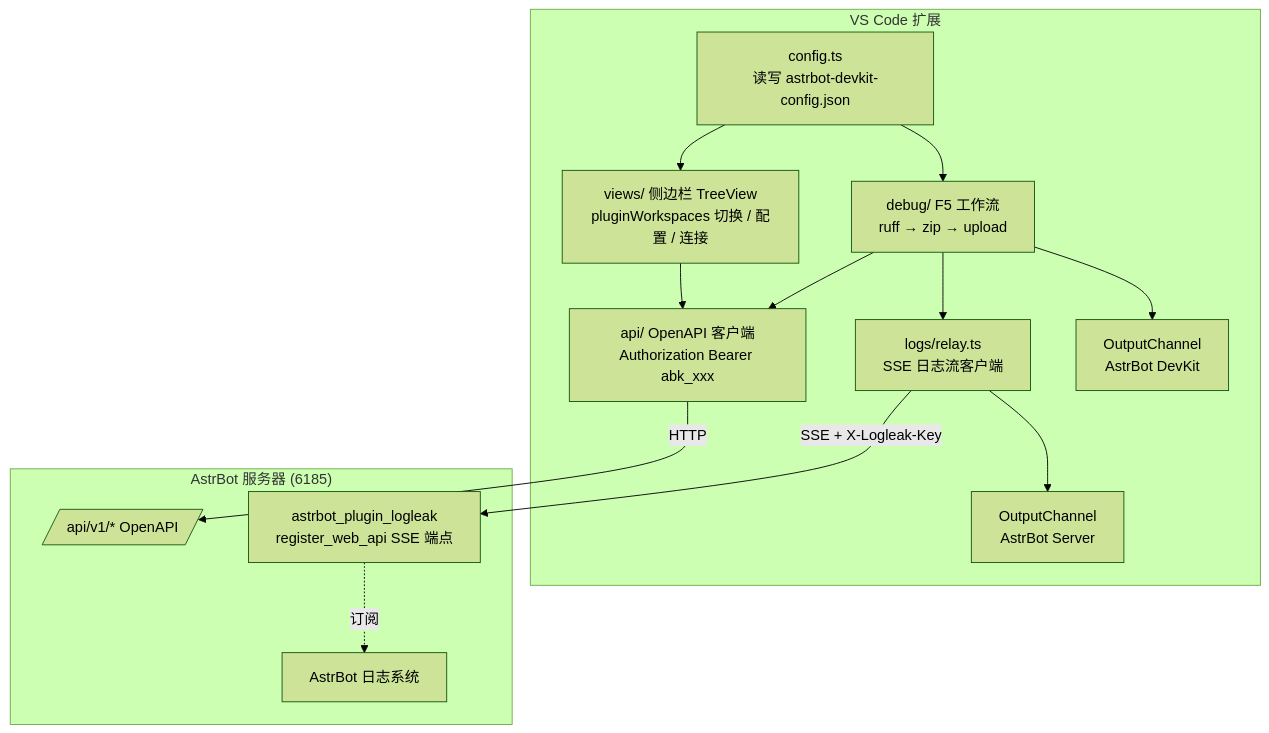
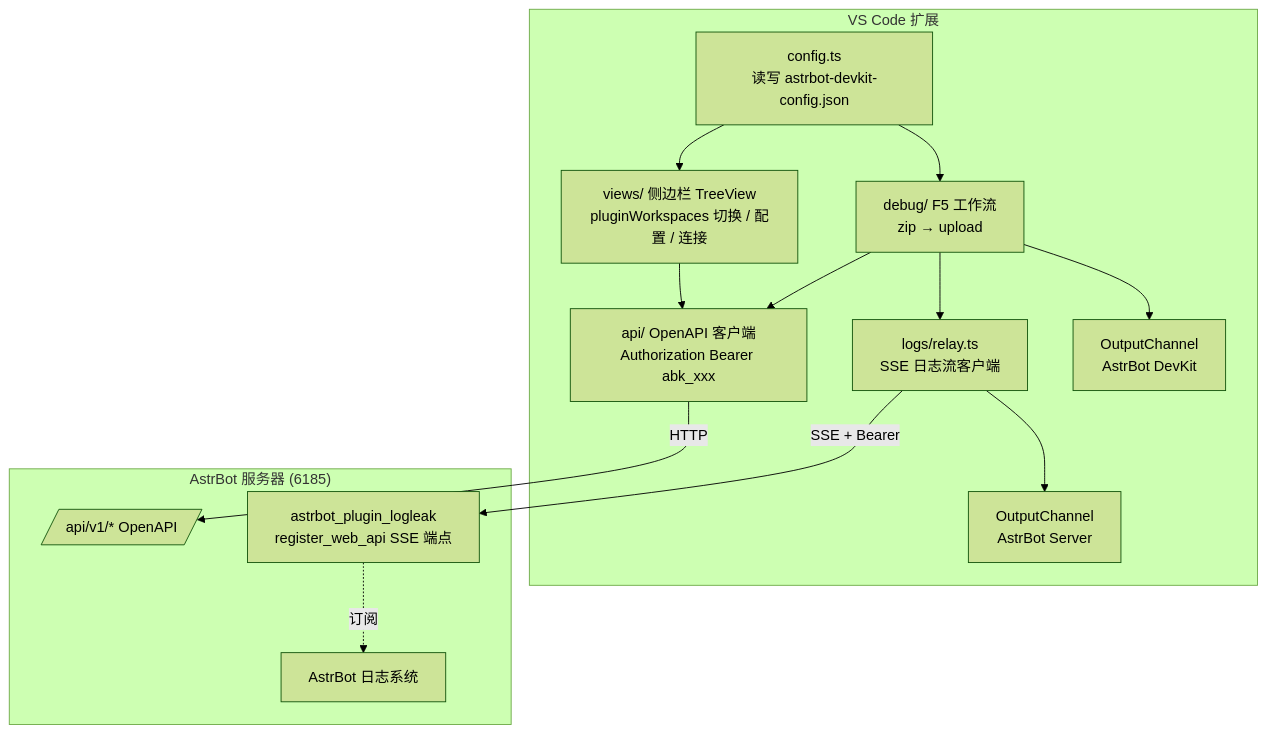
Before and after one commit to 17-qxm/astrbot-devkit-in-vscode: the diagram in docs/design.md, drawn with Mermaid (forest theme). The commit also changed other lines of this file and 19 other files, not shown here.

````diff
--- a/docs/design.md
+++ b/docs/design.md
@@ -21,27 +21,27 @@
 ```mermaid
 graph TD
     subgraph VSCode["VS Code 扩展"]
         CFG[config.ts<br/>读写 astrbot-devkit-config.json]
         API[api/ OpenAPI 客户端<br/>Authorization Bearer abk_xxx]
         VIEW[views/ 侧边栏 TreeView<br/>pluginWorkspaces 切换 / 配置 / 连接]
-        DBG[debug/ F5 工作流<br/>ruff → zip → upload]
+        DBG[debug/ F5 工作流<br/>zip → upload]
         RELAY[logs/relay.ts<br/>SSE 日志流客户端]
         CH1[OutputChannel<br/>AstrBot DevKit]
         CH2[OutputChannel<br/>AstrBot Server]
     end
     subgraph Server["AstrBot 服务器 (6185)"]
         OAPI[/api/v1/* OpenAPI/]
         LOGP[astrbot_plugin_logleak<br/>register_web_api SSE 端点]
         LOGS[AstrBot 日志系统]
     end
     CFG --> VIEW
     CFG --> DBG
     VIEW --> API
     DBG --> API
     DBG --> RELAY
     API -->|HTTP| OAPI
-    RELAY -->|SSE + X-Logleak-Key| LOGP
+    RELAY -->|SSE + Bearer| LOGP
     RELAY --> CH2
     DBG --> CH1
     LOGP -.订阅.-> LOGS
 ```
````
